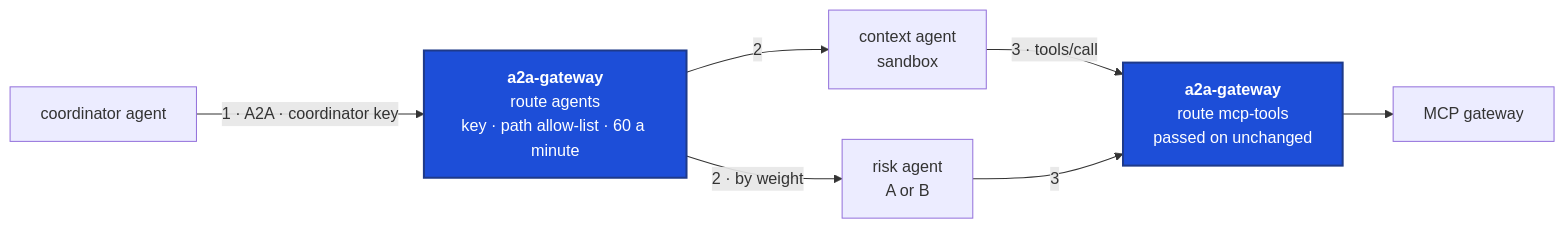
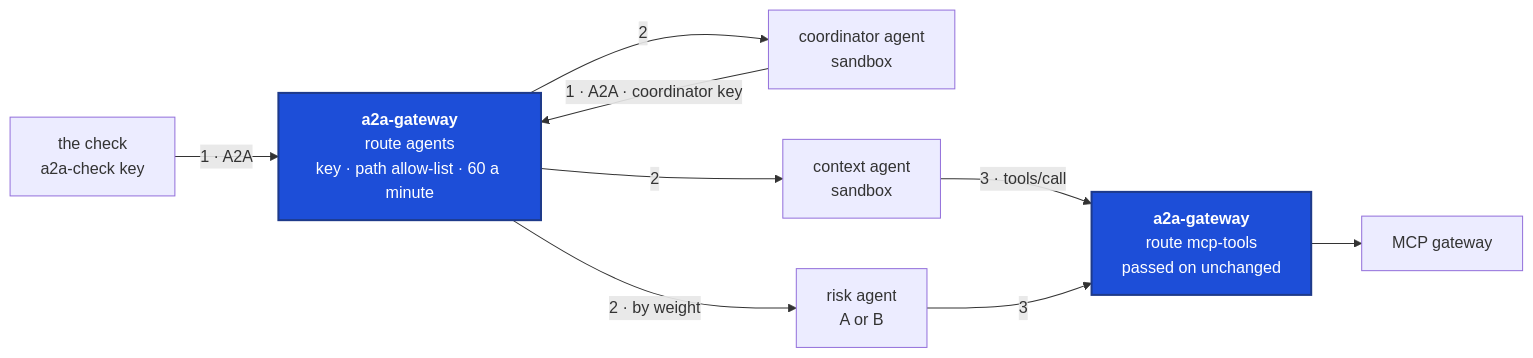
One commit to hiendat04/fraudstream changed the diagram in docs/edai-2/11_a2a_gateway.md. Above: the diagram before and after it, drawn with Mermaid. The commit also changed other lines of this file and 11 other files, not shown here.

First line of the commit message:
docs(agents): the coordinator on Agent Substrate, behind the A2A gateway

````diff
--- a/docs/edai-2/11_a2a_gateway.md
+++ b/docs/edai-2/11_a2a_gateway.md
@@ -7,13 +7,15 @@
 ```mermaid
 flowchart LR
-    CO["coordinator agent"] -- "1 · A2A · coordinator key" --> GW
+    CK["the check<br/>a2a-check key"] -- "1 · A2A" --> GW
+    CO["coordinator agent<br/>sandbox"] -- "1 · A2A · coordinator key" --> GW
     GW["<b>a2a-gateway</b><br/>route agents<br/>key · path allow-list · 60 a minute"]
+    GW -- "2" --> CO
     GW -- "2" --> CX["context agent<br/>sandbox"]
     GW -- "2 · by weight" --> RA["risk agent<br/>A or B"]
     CX -- "3 · tools/call" --> GW2["<b>a2a-gateway</b><br/>route mcp-tools<br/>passed on unchanged"]
     RA -- "3" --> GW2
     GW2 --> MG["MCP gateway"]
 
     classDef key fill:#1d4ed8,stroke:#1e3a8a,stroke-width:2px,color:#ffffff
     class GW,GW2 key
 ```
````
